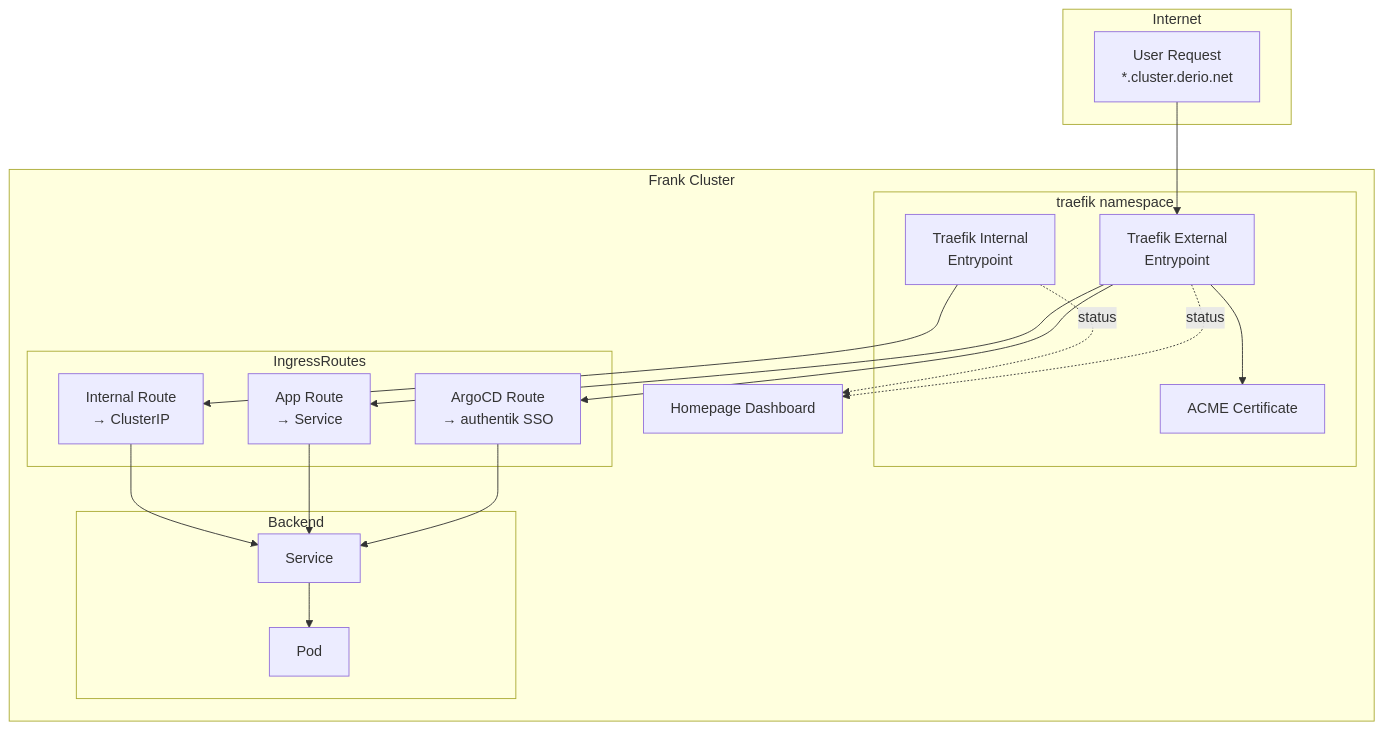
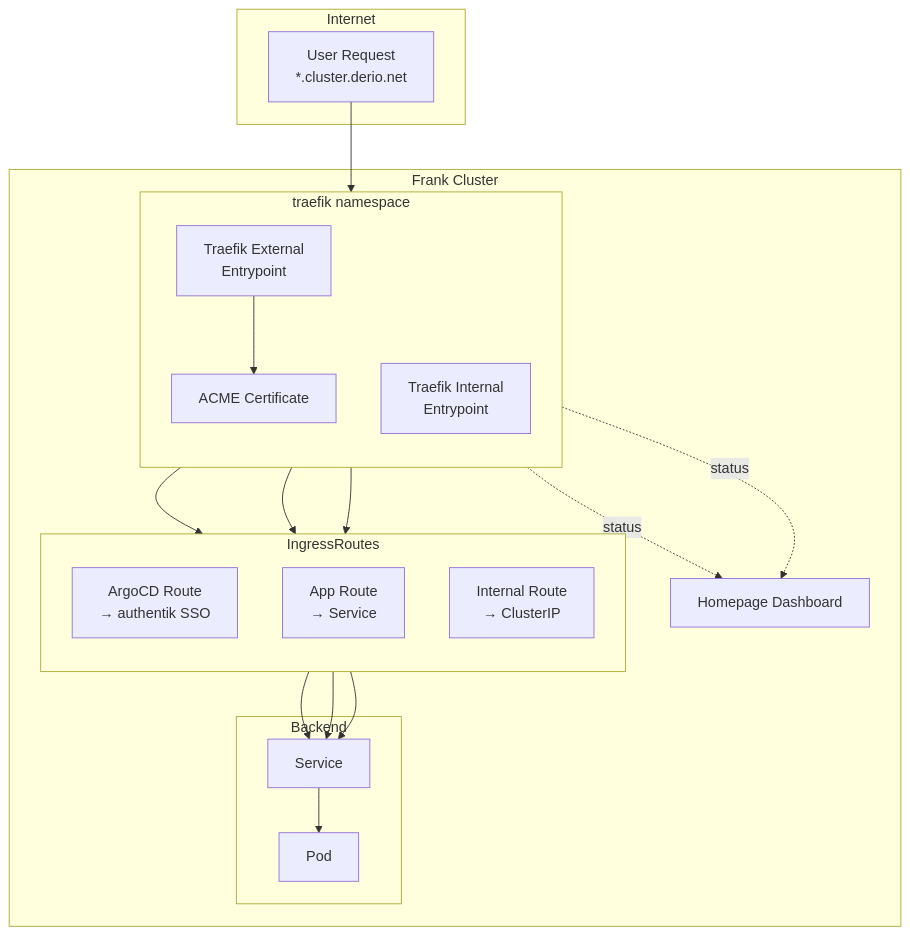
The diagram in blog/content/docs/operating/17-ingress/index.md (derio-net/frank), drawn with Mermaid before and after one commit. The commit also changed 42 other files, not shown here.

First line of the commit message:
chore(repo): blog-craft v0.19.0 — mermaid natural-size rendering + all 35 diagrams under the width gate (#735)

````diff
--- a/blog/content/docs/operating/17-ingress/index.md
+++ b/blog/content/docs/operating/17-ingress/index.md
@@ -34,39 +34,41 @@
 ```mermaid
 graph TB
     subgraph internet["Internet"]
         req["User Request<br/>*.cluster.derio.net"]
     end
 
     subgraph cluster["Frank Cluster"]
         subgraph traefikNS["traefik namespace"]
+            direction TB
             ext["Traefik External<br/>Entrypoint"]
             int["Traefik Internal<br/>Entrypoint"]
             acme["ACME Certificate"]
         end
 
         subgraph routes["IngressRoutes"]
+            direction TB
             r1["ArgoCD Route<br/>→ authentik SSO"]
             r2["App Route<br/>→ Service"]
             r3["Internal Route<br/>→ ClusterIP"]
         end
 
         subgraph apps["Backend"]
             svc["Service"]
             pod["Pod"]
         end
 
         homepage["Homepage Dashboard"]
     end
 
     req --> ext
     ext --> acme
     ext --> r1
     ext --> r2
     int --> r3
     r1 --> svc
     r2 --> svc
     r3 --> svc
     svc --> pod
     ext -.->|status| homepage
     int -.->|status| homepage
 ```
````
